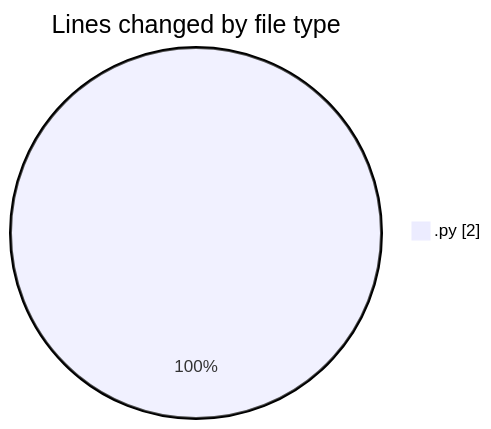
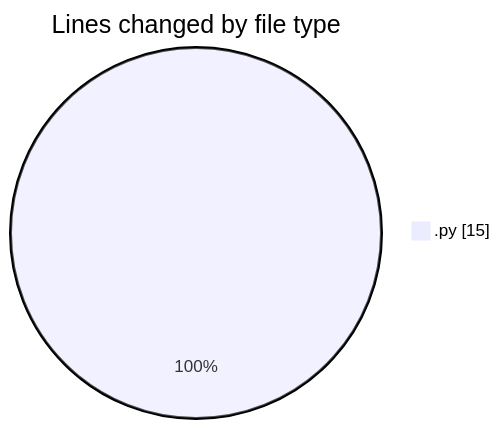
One commit to hasnaa123/code-tracking changed the first of 2 diagrams in 2026-02-25/student_performance_system/README.md. Above: the diagram before and after it, drawn with Mermaid. The commit also changed other lines of this file and 1 other file, not shown here.

````diff
--- a/2026-02-25/student_performance_system/README.md
+++ b/2026-02-25/student_performance_system/README.md
@@ -20,5 +20,5 @@
 ```mermaid
 pie showData
 title Lines changed by file type
-".py" : 2
+".py" : 15
 ```
````
